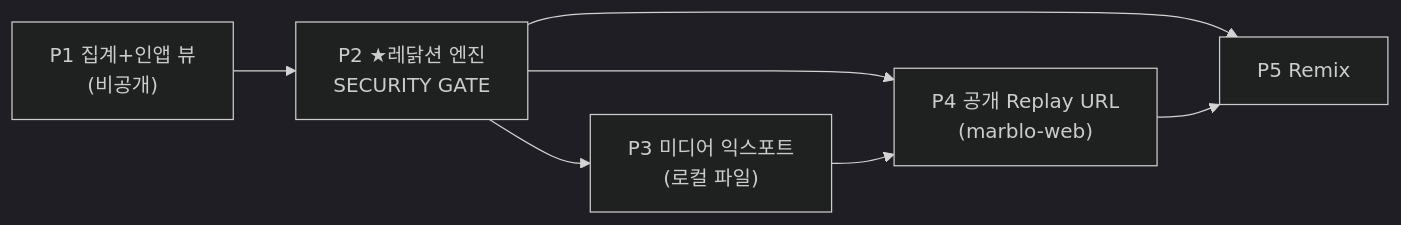
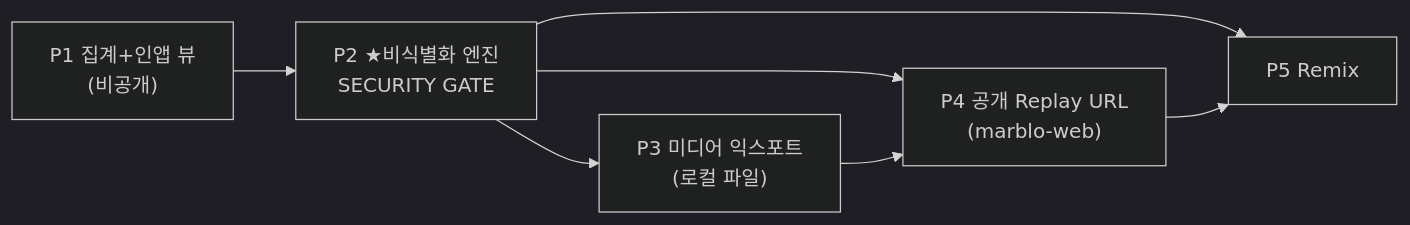
The third of 4 diagrams in docs/MISSION-REPLAY-DESIGN.md (marblo-app/marblo), drawn with Mermaid (dark theme) before and after one commit. The commit also changed other lines of this file, not shown here.

Commit message:
docs(replay): CEO 게이트 결정 반영 — 스코프 절단(Remix 보류)·Q1~Q6 확정·비식별화 공용 primitive·용어 통일(레닭션→비식별화)

````diff
--- a/docs/MISSION-REPLAY-DESIGN.md
+++ b/docs/MISSION-REPLAY-DESIGN.md
@@ -355,9 +355,9 @@
 ```mermaid
 flowchart LR
-  P1["P1 집계+인앱 뷰<br/>(비공개)"] --> P2["P2 ★레닭션 엔진<br/>SECURITY GATE"]
+  P1["P1 집계+인앱 뷰<br/>(비공개)"] --> P2["P2 ★비식별화 엔진<br/>SECURITY GATE"]
   P2 --> P3["P3 미디어 익스포트<br/>(로컬 파일)"]
   P2 --> P4["P4 공개 Replay URL<br/>(marblo-web)"]
   P3 --> P4
   P2 --> P5["P5 Remix"]
   P4 --> P5
 ```
````
